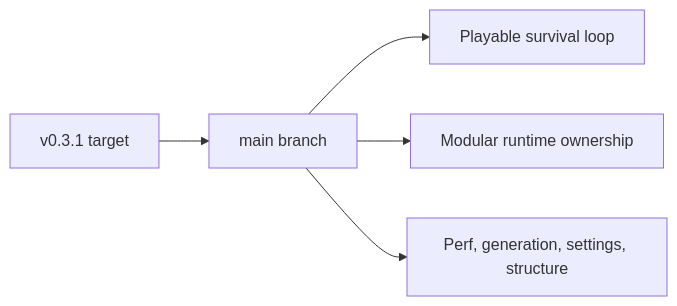
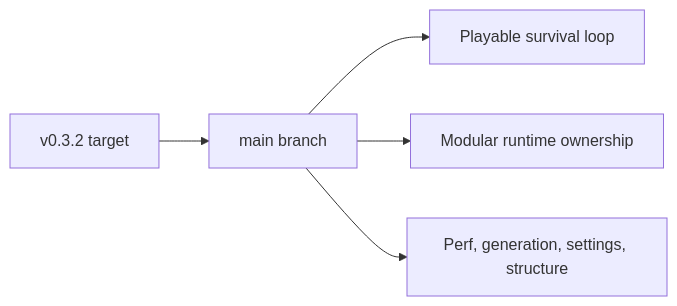
Before and after one commit to AlexAgo83/emberwake: the second of 11 diagrams in README.md, drawn with Mermaid. The commit also changed other lines of this file and 4 other files, not shown here.

````diff
--- a/README.md
+++ b/README.md
@@ -48,7 +48,7 @@
 ```mermaid
 flowchart LR
-    Release[v0.3.1 target] --> Main[main branch]
+    Release[v0.3.2 target] --> Main[main branch]
     Main --> Playable[Playable survival loop]
     Main --> Modular[Modular runtime ownership]
     Main --> Next[Perf, generation, settings, structure]
 ```
````
